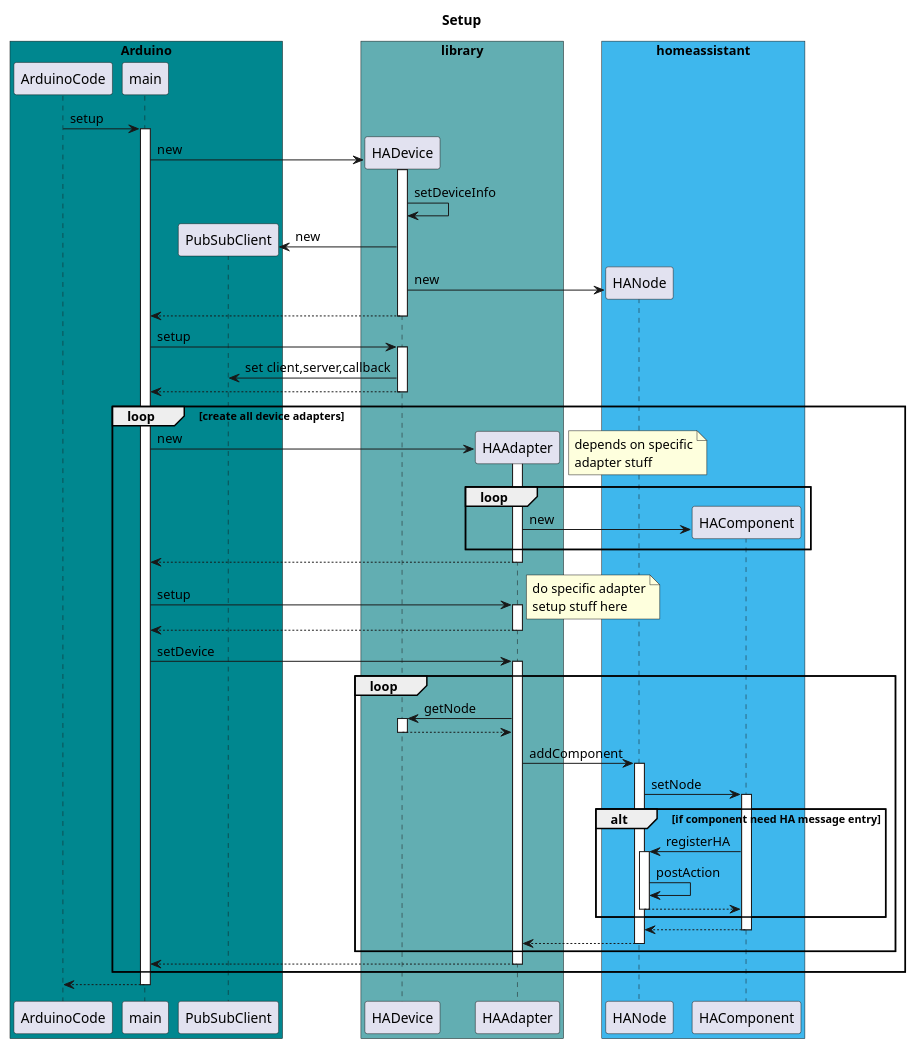
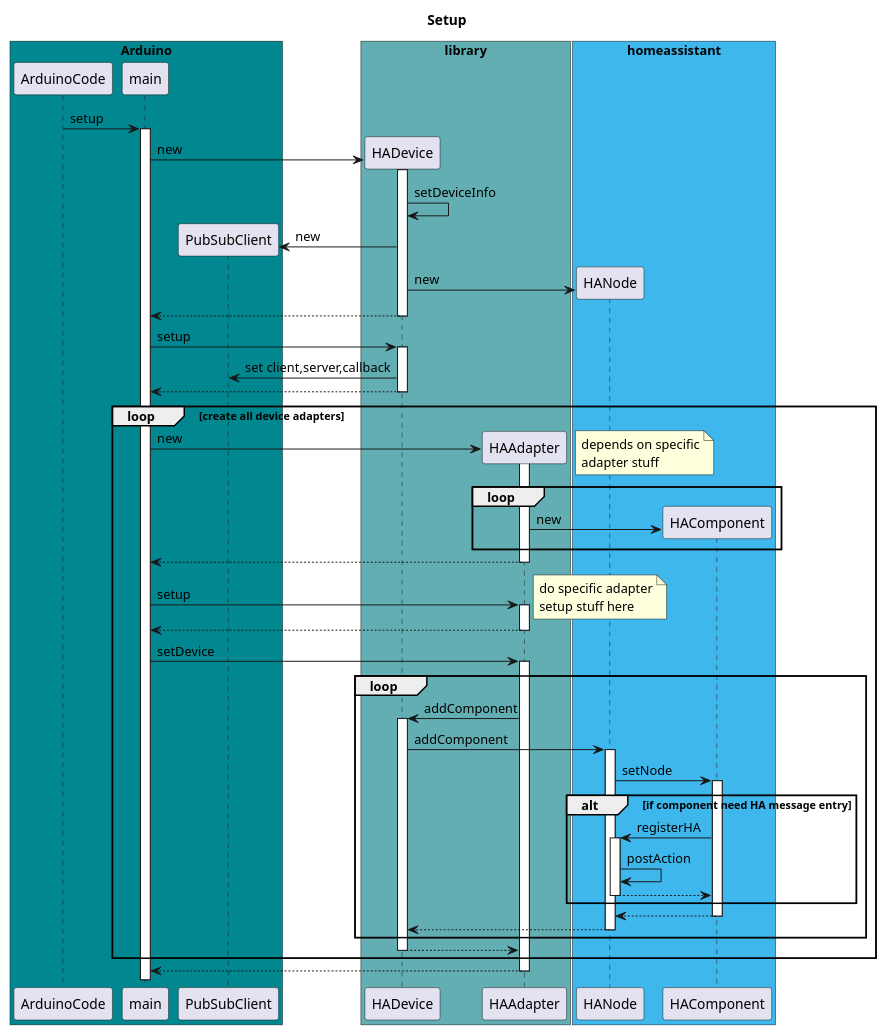
The diagram in doc/src/SD_Setup_plantUML.puml (SBKila/homeassistantlibrary), drawn with PlantUML before and after one commit. The commit also changed 20 other files, not shown here.

```diff
--- a/doc/src/SD_Setup_plantUML.puml
+++ b/doc/src/SD_Setup_plantUML.puml
@@ -1,77 +1,76 @@
 @startuml
 title Setup
 
 box "Arduino" #00878F
 participant ArduinoCode
 participant main
 participant PubSubClient
 end box
 
 box "library" #62AEB2
 participant HADevice
 participant HAAdapter
 end box
 
 box "homeassistant" #3eb7ed
 participant HANode
 participant HAComponent
 end box
 
 
 
 ArduinoCode->main : setup
 activate main
 create HADevice
 main->HADevice : new
 activate HADevice
 HADevice->HADevice : setDeviceInfo
 create PubSubClient
 HADevice->PubSubClient : new
 create HANode
 HADevice->HANode : new
 return
 main->HADevice:setup
 activate HADevice
 HADevice->PubSubClient : set client,server,callback
 return
 
 
 loop create all device adapters
 	create HAAdapter
 	main->HAAdapter : new
 	activate HAAdapter
 	loop
 		note right : depends on specific\nadapter stuff
 		create HAComponent
 		HAAdapter->HAComponent : new
 	end
 	return
 
 	main->HAAdapter : setup
 	activate HAAdapter
 	note right : do specific adapter\nsetup stuff here
 	return
 
 	main->HAAdapter : setDevice
 	activate HAAdapter
 	loop
-		HAAdapter->HADevice : getNode
+		HAAdapter->HADevice : addComponent
 		activate HADevice
-		return
-		HAAdapter->HANode : addComponent
+		HADevice->HANode : addComponent
 		activate HANode
 		HANode->HAComponent : setNode
 		alt if component need HA message entry
 			activate HAComponent
 			HAComponent->HANode:registerHA
 			activate HANode
 			HANode->HANode:postAction
 			return
 		end
 		return
 		return
 	end
 	return
 end
 return
 @enduml
```
